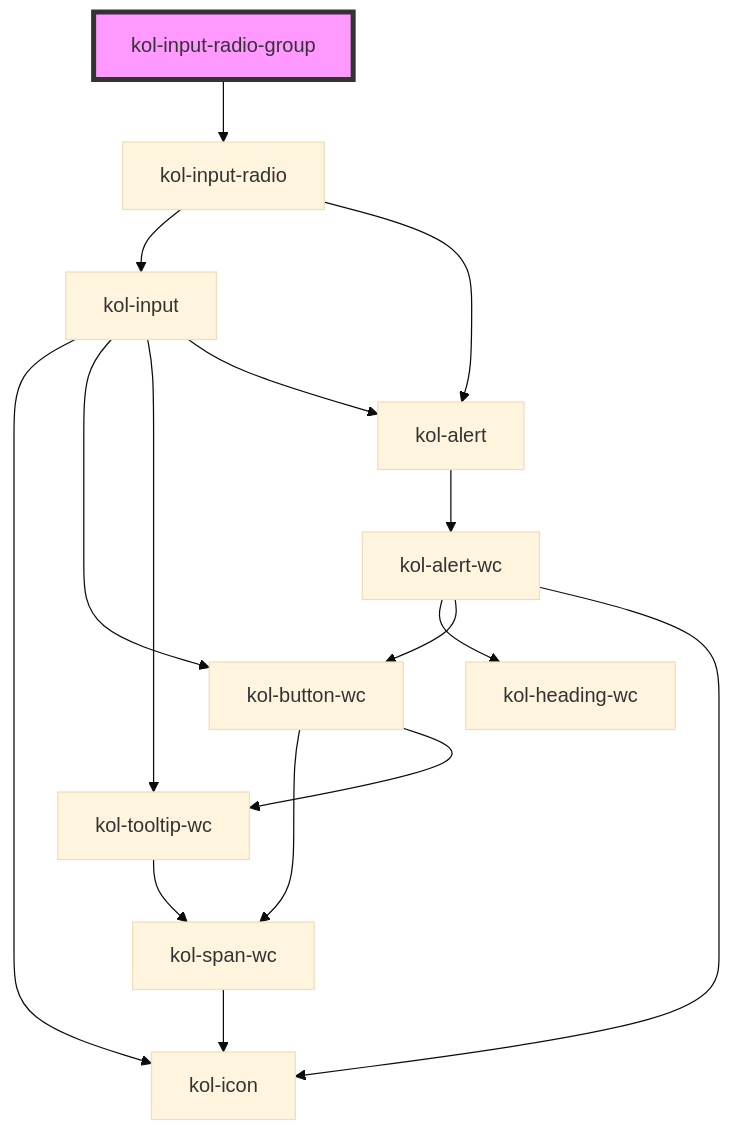
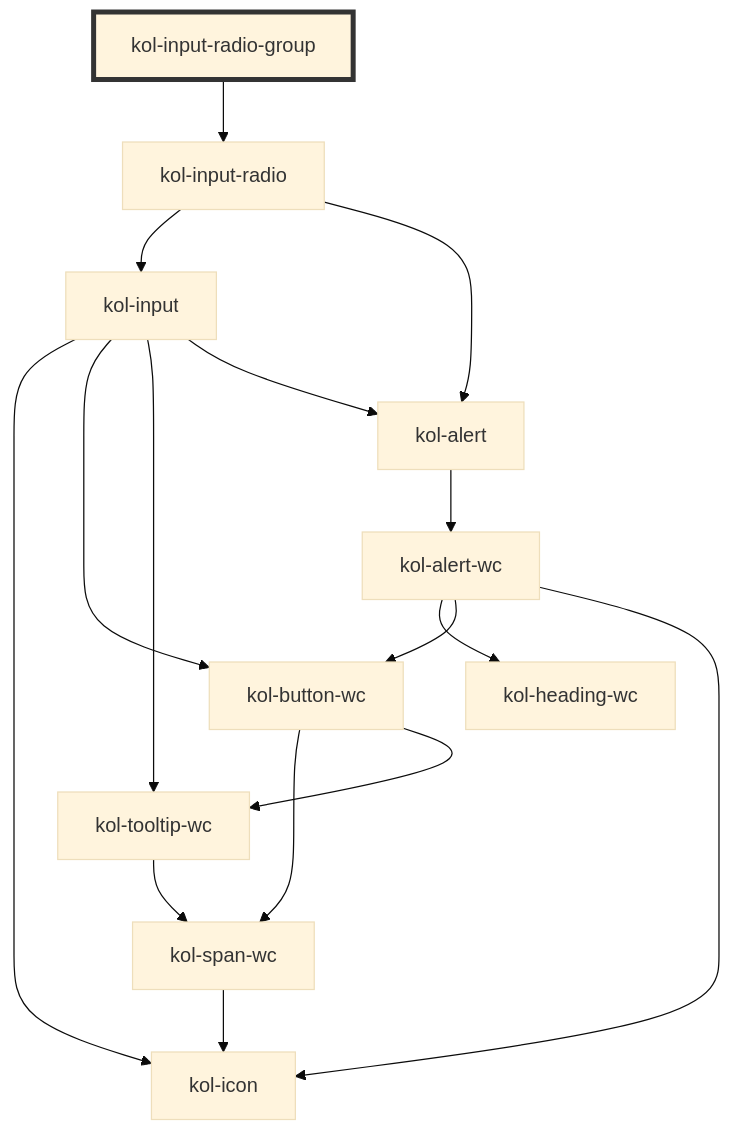
The diagram in packages/components/src/components/input-radio-group/readme.md (public-ui/kolibri), drawn with Mermaid (base theme) before and after one commit. The commit also changed 372 other files, not shown here.

````diff
--- a/packages/components/src/components/input-radio-group/readme.md
+++ b/packages/components/src/components/input-radio-group/readme.md
@@ -36,19 +36,19 @@
 ```mermaid
 graph TD;
   kol-input-radio-group --> kol-input-radio
   kol-input-radio --> kol-input
   kol-input-radio --> kol-alert
   kol-input --> kol-icon
   kol-input --> kol-button-wc
   kol-input --> kol-tooltip-wc
   kol-input --> kol-alert
   kol-button-wc --> kol-span-wc
   kol-button-wc --> kol-tooltip-wc
   kol-span-wc --> kol-icon
   kol-tooltip-wc --> kol-span-wc
   kol-alert --> kol-alert-wc
   kol-alert-wc --> kol-heading-wc
   kol-alert-wc --> kol-button-wc
   kol-alert-wc --> kol-icon
-  style kol-input-radio-group fill:#f9f,stroke:#333,stroke-width:4px
+  style kol-input-radio-group stroke:#333,stroke-width:4px
 ```
````
